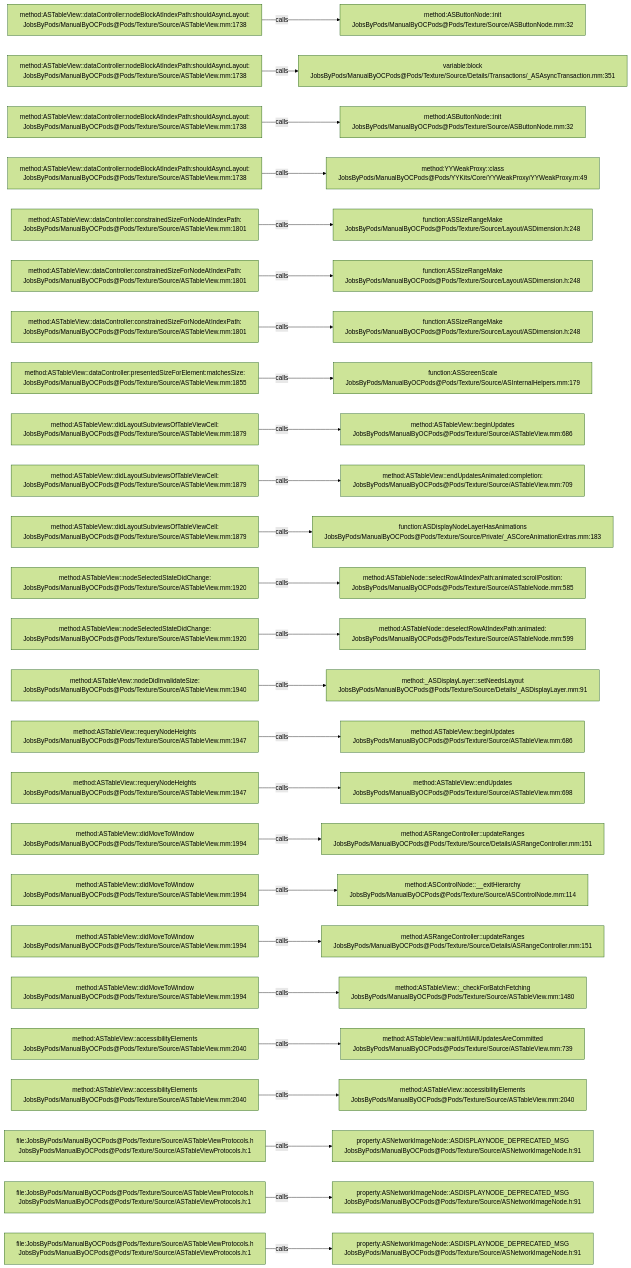
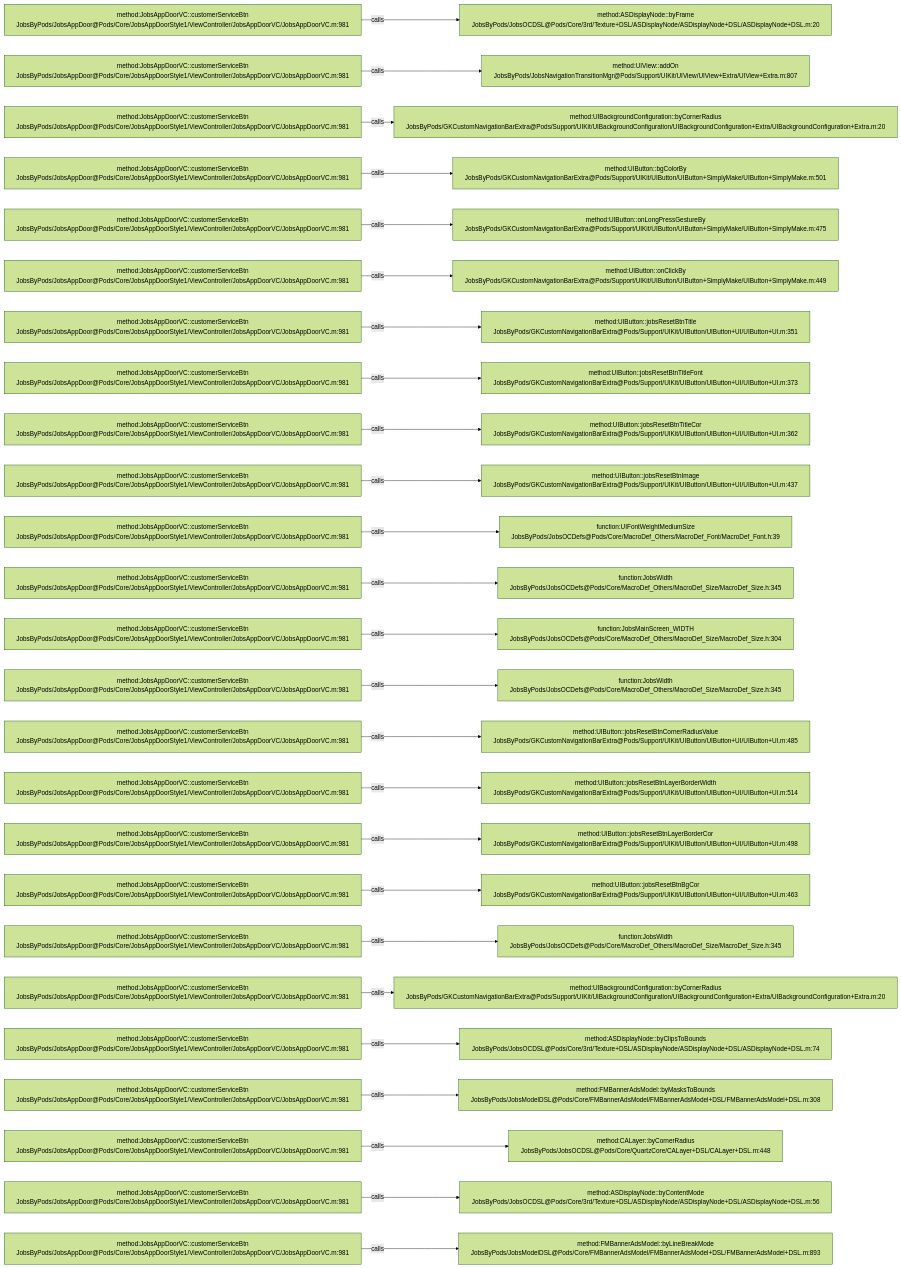
One commit to JobsKits/JobsOCBaseConfigDemo changed the diagram in .codegraph/codegraph.md/graphs/calls-116.md. Above: the diagram before and after it, drawn with Mermaid (forest theme). The commit also changed 768 other files, not shown here.

````diff
--- a/.codegraph/codegraph.md/graphs/calls-116.md
+++ b/.codegraph/codegraph.md/graphs/calls-116.md
@@ -13,78 +13,78 @@
 ```mermaid
 flowchart LR
-  S1["method:ASTableView::dataController:nodeBlockAtIndexPath:shouldAsyncLayout:<br/>JobsByPods/ManualByOCPods@Pods/Texture/Source/ASTableView.mm:1738"]
-  T1["method:ASButtonNode::init<br/>JobsByPods/ManualByOCPods@Pods/Texture/Source/ASButtonNode.mm:32"]
+  S1["method:JobsAppDoorVC::customerServiceBtn<br/>JobsByPods/JobsAppDoor@Pods/Core/JobsAppDoorStyle1/ViewController/JobsAppDoorVC/JobsAppDoorVC.m:981"]
+  T1["method:ASDisplayNode::byFrame<br/>JobsByPods/JobsOCDSL@Pods/Core/3rd/Texture+DSL/ASDisplayNode/ASDisplayNode+DSL/ASDisplayNode+DSL.m:20"]
   S1 -->|calls| T1
-  S2["method:ASTableView::dataController:nodeBlockAtIndexPath:shouldAsyncLayout:<br/>JobsByPods/ManualByOCPods@Pods/Texture/Source/ASTableView.mm:1738"]
-  T2["variable:block<br/>JobsByPods/ManualByOCPods@Pods/Texture/Source/Details/Transactions/_ASAsyncTransaction.mm:351"]
+  S2["method:JobsAppDoorVC::customerServiceBtn<br/>JobsByPods/JobsAppDoor@Pods/Core/JobsAppDoorStyle1/ViewController/JobsAppDoorVC/JobsAppDoorVC.m:981"]
+  T2["method:UIView::addOn<br/>JobsByPods/JobsNavigationTransitionMgr@Pods/Support/UIKit/UIView/UIView+Extra/UIView+Extra.m:807"]
   S2 -->|calls| T2
-  S3["method:ASTableView::dataController:nodeBlockAtIndexPath:shouldAsyncLayout:<br/>JobsByPods/ManualByOCPods@Pods/Texture/Source/ASTableView.mm:1738"]
-  T3["method:ASButtonNode::init<br/>JobsByPods/ManualByOCPods@Pods/Texture/Source/ASButtonNode.mm:32"]
+  S3["method:JobsAppDoorVC::customerServiceBtn<br/>JobsByPods/JobsAppDoor@Pods/Core/JobsAppDoorStyle1/ViewController/JobsAppDoorVC/JobsAppDoorVC.m:981"]
+  T3["method:UIBackgroundConfiguration::byCornerRadius<br/>JobsByPods/GKCustomNavigationBarExtra@Pods/Support/UIKit/UIBackgroundConfiguration/UIBackgroundConfiguration+Extra/UIBackgroundConfiguration+Extra.m:20"]
   S3 -->|calls| T3
-  S4["method:ASTableView::dataController:nodeBlockAtIndexPath:shouldAsyncLayout:<br/>JobsByPods/ManualByOCPods@Pods/Texture/Source/ASTableView.mm:1738"]
-  T4["method:YYWeakProxy::class<br/>JobsByPods/ManualByOCPods@Pods/YYKits/Core/YYWeakProxy/YYWeakProxy.m:49"]
+  S4["method:JobsAppDoorVC::customerServiceBtn<br/>JobsByPods/JobsAppDoor@Pods/Core/JobsAppDoorStyle1/ViewController/JobsAppDoorVC/JobsAppDoorVC.m:981"]
+  T4["method:UIButton::bgColorBy<br/>JobsByPods/GKCustomNavigationBarExtra@Pods/Support/UIKit/UIButton/UIButton+SimplyMake/UIButton+SimplyMake.m:501"]
   S4 -->|calls| T4
-  S5["method:ASTableView::dataController:constrainedSizeForNodeAtIndexPath:<br/>JobsByPods/ManualByOCPods@Pods/Texture/Source/ASTableView.mm:1801"]
-  T5["function:ASSizeRangeMake<br/>JobsByPods/ManualByOCPods@Pods/Texture/Source/Layout/ASDimension.h:248"]
+  S5["method:JobsAppDoorVC::customerServiceBtn<br/>JobsByPods/JobsAppDoor@Pods/Core/JobsAppDoorStyle1/ViewController/JobsAppDoorVC/JobsAppDoorVC.m:981"]
+  T5["method:UIButton::onLongPressGestureBy<br/>JobsByPods/GKCustomNavigationBarExtra@Pods/Support/UIKit/UIButton/UIButton+SimplyMake/UIButton+SimplyMake.m:475"]
   S5 -->|calls| T5
-  S6["method:ASTableView::dataController:constrainedSizeForNodeAtIndexPath:<br/>JobsByPods/ManualByOCPods@Pods/Texture/Source/ASTableView.mm:1801"]
-  T6["function:ASSizeRangeMake<br/>JobsByPods/ManualByOCPods@Pods/Texture/Source/Layout/ASDimension.h:248"]
+  S6["method:JobsAppDoorVC::customerServiceBtn<br/>JobsByPods/JobsAppDoor@Pods/Core/JobsAppDoorStyle1/ViewController/JobsAppDoorVC/JobsAppDoorVC.m:981"]
+  T6["method:UIButton::onClickBy<br/>JobsByPods/GKCustomNavigationBarExtra@Pods/Support/UIKit/UIButton/UIButton+SimplyMake/UIButton+SimplyMake.m:449"]
   S6 -->|calls| T6
-  S7["method:ASTableView::dataController:constrainedSizeForNodeAtIndexPath:<br/>JobsByPods/ManualByOCPods@Pods/Texture/Source/ASTableView.mm:1801"]
-  T7["function:ASSizeRangeMake<br/>JobsByPods/ManualByOCPods@Pods/Texture/Source/Layout/ASDimension.h:248"]
+  S7["method:JobsAppDoorVC::customerServiceBtn<br/>JobsByPods/JobsAppDoor@Pods/Core/JobsAppDoorStyle1/ViewController/JobsAppDoorVC/JobsAppDoorVC.m:981"]
+  T7["method:UIButton::jobsResetBtnTitle<br/>JobsByPods/GKCustomNavigationBarExtra@Pods/Support/UIKit/UIButton/UIButton+UI/UIButton+UI.m:351"]
   S7 -->|calls| T7
-  S8["method:ASTableView::dataController:presentedSizeForElement:matchesSize:<br/>JobsByPods/ManualByOCPods@Pods/Texture/Source/ASTableView.mm:1855"]
-  T8["function:ASScreenScale<br/>JobsByPods/ManualByOCPods@Pods/Texture/Source/ASInternalHelpers.mm:179"]
+  S8["method:JobsAppDoorVC::customerServiceBtn<br/>JobsByPods/JobsAppDoor@Pods/Core/JobsAppDoorStyle1/ViewController/JobsAppDoorVC/JobsAppDoorVC.m:981"]
+  T8["method:UIButton::jobsResetBtnTitleFont<br/>JobsByPods/GKCustomNavigationBarExtra@Pods/Support/UIKit/UIButton/UIButton+UI/UIButton+UI.m:373"]
   S8 -->|calls| T8
-  S9["method:ASTableView::didLayoutSubviewsOfTableViewCell:<br/>JobsByPods/ManualByOCPods@Pods/Texture/Source/ASTableView.mm:1879"]
-  T9["method:ASTableView::beginUpdates<br/>JobsByPods/ManualByOCPods@Pods/Texture/Source/ASTableView.mm:686"]
+  S9["method:JobsAppDoorVC::customerServiceBtn<br/>JobsByPods/JobsAppDoor@Pods/Core/JobsAppDoorStyle1/ViewController/JobsAppDoorVC/JobsAppDoorVC.m:981"]
+  T9["method:UIButton::jobsResetBtnTitleCor<br/>JobsByPods/GKCustomNavigationBarExtra@Pods/Support/UIKit/UIButton/UIButton+UI/UIButton+UI.m:362"]
   S9 -->|calls| T9
-  S10["method:ASTableView::didLayoutSubviewsOfTableViewCell:<br/>JobsByPods/ManualByOCPods@Pods/Texture/Source/ASTableView.mm:1879"]
-  T10["method:ASTableView::endUpdatesAnimated:completion:<br/>JobsByPods/ManualByOCPods@Pods/Texture/Source/ASTableView.mm:709"]
+  S10["method:JobsAppDoorVC::customerServiceBtn<br/>JobsByPods/JobsAppDoor@Pods/Core/JobsAppDoorStyle1/ViewController/JobsAppDoorVC/JobsAppDoorVC.m:981"]
+  T10["method:UIButton::jobsResetBtnImage<br/>JobsByPods/GKCustomNavigationBarExtra@Pods/Support/UIKit/UIButton/UIButton+UI/UIButton+UI.m:437"]
   S10 -->|calls| T10
-  S11["method:ASTableView::didLayoutSubviewsOfTableViewCell:<br/>JobsByPods/ManualByOCPods@Pods/Texture/Source/ASTableView.mm:1879"]
-  T11["function:ASDisplayNodeLayerHasAnimations<br/>JobsByPods/ManualByOCPods@Pods/Texture/Source/Private/_ASCoreAnimationExtras.mm:183"]
+  S11["method:JobsAppDoorVC::customerServiceBtn<br/>JobsByPods/JobsAppDoor@Pods/Core/JobsAppDoorStyle1/ViewController/JobsAppDoorVC/JobsAppDoorVC.m:981"]
+  T11["function:UIFontWeightMediumSize<br/>JobsByPods/JobsOCDefs@Pods/Core/MacroDef_Others/MacroDef_Font/MacroDef_Font.h:39"]
   S11 -->|calls| T11
-  S12["method:ASTableView::nodeSelectedStateDidChange:<br/>JobsByPods/ManualByOCPods@Pods/Texture/Source/ASTableView.mm:1920"]
-  T12["method:ASTableNode::selectRowAtIndexPath:animated:scrollPosition:<br/>JobsByPods/ManualByOCPods@Pods/Texture/Source/ASTableNode.mm:585"]
+  S12["method:JobsAppDoorVC::customerServiceBtn<br/>JobsByPods/JobsAppDoor@Pods/Core/JobsAppDoorStyle1/ViewController/JobsAppDoorVC/JobsAppDoorVC.m:981"]
+  T12["function:JobsWidth<br/>JobsByPods/JobsOCDefs@Pods/Core/MacroDef_Others/MacroDef_Size/MacroDef_Size.h:345"]
   S12 -->|calls| T12
-  S13["method:ASTableView::nodeSelectedStateDidChange:<br/>JobsByPods/ManualByOCPods@Pods/Texture/Source/ASTableView.mm:1920"]
-  T13["method:ASTableNode::deselectRowAtIndexPath:animated:<br/>JobsByPods/ManualByOCPods@Pods/Texture/Source/ASTableNode.mm:599"]
+  S13["method:JobsAppDoorVC::customerServiceBtn<br/>JobsByPods/JobsAppDoor@Pods/Core/JobsAppDoorStyle1/ViewController/JobsAppDoorVC/JobsAppDoorVC.m:981"]
+  T13["function:JobsMainScreen_WIDTH<br/>JobsByPods/JobsOCDefs@Pods/Core/MacroDef_Others/MacroDef_Size/MacroDef_Size.h:304"]
   S13 -->|calls| T13
-  S14["method:ASTableView::nodeDidInvalidateSize:<br/>JobsByPods/ManualByOCPods@Pods/Texture/Source/ASTableView.mm:1940"]
-  T14["method:_ASDisplayLayer::setNeedsLayout<br/>JobsByPods/ManualByOCPods@Pods/Texture/Source/Details/_ASDisplayLayer.mm:91"]
+  S14["method:JobsAppDoorVC::customerServiceBtn<br/>JobsByPods/JobsAppDoor@Pods/Core/JobsAppDoorStyle1/ViewController/JobsAppDoorVC/JobsAppDoorVC.m:981"]
+  T14["function:JobsWidth<br/>JobsByPods/JobsOCDefs@Pods/Core/MacroDef_Others/MacroDef_Size/MacroDef_Size.h:345"]
   S14 -->|calls| T14
-  S15["method:ASTableView::requeryNodeHeights<br/>JobsByPods/ManualByOCPods@Pods/Texture/Source/ASTableView.mm:1947"]
-  T15["method:ASTableView::beginUpdates<br/>JobsByPods/ManualByOCPods@Pods/Texture/Source/ASTableView.mm:686"]
+  S15["method:JobsAppDoorVC::customerServiceBtn<br/>JobsByPods/JobsAppDoor@Pods/Core/JobsAppDoorStyle1/ViewController/JobsAppDoorVC/JobsAppDoorVC.m:981"]
+  T15["method:UIButton::jobsResetBtnCornerRadiusValue<br/>JobsByPods/GKCustomNavigationBarExtra@Pods/Support/UIKit/UIButton/UIButton+UI/UIButton+UI.m:485"]
   S15 -->|calls| T15
-  S16["method:ASTableView::requeryNodeHeights<br/>JobsByPods/ManualByOCPods@Pods/Texture/Source/ASTableView.mm:1947"]
-  T16["method:ASTableView::endUpdates<br/>JobsByPods/ManualByOCPods@Pods/Texture/Source/ASTableView.mm:698"]
+  S16["method:JobsAppDoorVC::customerServiceBtn<br/>JobsByPods/JobsAppDoor@Pods/Core/JobsAppDoorStyle1/ViewController/JobsAppDoorVC/JobsAppDoorVC.m:981"]
+  T16["method:UIButton::jobsResetBtnLayerBorderWidth<br/>JobsByPods/GKCustomNavigationBarExtra@Pods/Support/UIKit/UIButton/UIButton+UI/UIButton+UI.m:514"]
   S16 -->|calls| T16
-  S17["method:ASTableView::didMoveToWindow<br/>JobsByPods/ManualByOCPods@Pods/Texture/Source/ASTableView.mm:1994"]
-  T17["method:ASRangeController::updateRanges<br/>JobsByPods/ManualByOCPods@Pods/Texture/Source/Details/ASRangeController.mm:151"]
+  S17["method:JobsAppDoorVC::customerServiceBtn<br/>JobsByPods/JobsAppDoor@Pods/Core/JobsAppDoorStyle1/ViewController/JobsAppDoorVC/JobsAppDoorVC.m:981"]
+  T17["method:UIButton::jobsResetBtnLayerBorderCor<br/>JobsByPods/GKCustomNavigationBarExtra@Pods/Support/UIKit/UIButton/UIButton+UI/UIButton+UI.m:498"]
   S17 -->|calls| T17
-  S18["method:ASTableView::didMoveToWindow<br/>JobsByPods/ManualByOCPods@Pods/Texture/Source/ASTableView.mm:1994"]
-  T18["method:ASControlNode::__exitHierarchy<br/>JobsByPods/ManualByOCPods@Pods/Texture/Source/ASControlNode.mm:114"]
+  S18["method:JobsAppDoorVC::customerServiceBtn<br/>JobsByPods/JobsAppDoor@Pods/Core/JobsAppDoorStyle1/ViewController/JobsAppDoorVC/JobsAppDoorVC.m:981"]
+  T18["method:UIButton::jobsResetBtnBgCor<br/>JobsByPods/GKCustomNavigationBarExtra@Pods/Support/UIKit/UIButton/UIButton+UI/UIButton+UI.m:463"]
   S18 -->|calls| T18
-  S19["method:ASTableView::didMoveToWindow<br/>JobsByPods/ManualByOCPods@Pods/Texture/Source/ASTableView.mm:1994"]
-  T19["method:ASRangeController::updateRanges<br/>JobsByPods/ManualByOCPods@Pods/Texture/Source/Details/ASRangeController.mm:151"]
+  S19["method:JobsAppDoorVC::customerServiceBtn<br/>JobsByPods/JobsAppDoor@Pods/Core/JobsAppDoorStyle1/ViewController/JobsAppDoorVC/JobsAppDoorVC.m:981"]
+  T19["function:JobsWidth<br/>JobsByPods/JobsOCDefs@Pods/Core/MacroDef_Others/MacroDef_Size/MacroDef_Size.h:345"]
   S19 -->|calls| T19
-  S20["method:ASTableView::didMoveToWindow<br/>JobsByPods/ManualByOCPods@Pods/Texture/Source/ASTableView.mm:1994"]
-  T20["method:ASTableView::_checkForBatchFetching<br/>JobsByPods/ManualByOCPods@Pods/Texture/Source/ASTableView.mm:1480"]
+  S20["method:JobsAppDoorVC::customerServiceBtn<br/>JobsByPods/JobsAppDoor@Pods/Core/JobsAppDoorStyle1/ViewController/JobsAppDoorVC/JobsAppDoorVC.m:981"]
+  T20["method:UIBackgroundConfiguration::byCornerRadius<br/>JobsByPods/GKCustomNavigationBarExtra@Pods/Support/UIKit/UIBackgroundConfiguration/UIBackgroundConfiguration+Extra/UIBackgroundConfiguration+Extra.m:20"]
   S20 -->|calls| T20
-  S21["method:ASTableView::accessibilityElements<br/>JobsByPods/ManualByOCPods@Pods/Texture/Source/ASTableView.mm:2040"]
-  T21["method:ASTableView::waitUntilAllUpdatesAreCommitted<br/>JobsByPods/ManualByOCPods@Pods/Texture/Source/ASTableView.mm:739"]
+  S21["method:JobsAppDoorVC::customerServiceBtn<br/>JobsByPods/JobsAppDoor@Pods/Core/JobsAppDoorStyle1/ViewController/JobsAppDoorVC/JobsAppDoorVC.m:981"]
+  T21["method:ASDisplayNode::byClipsToBounds<br/>JobsByPods/JobsOCDSL@Pods/Core/3rd/Texture+DSL/ASDisplayNode/ASDisplayNode+DSL/ASDisplayNode+DSL.m:74"]
   S21 -->|calls| T21
-  S22["method:ASTableView::accessibilityElements<br/>JobsByPods/ManualByOCPods@Pods/Texture/Source/ASTableView.mm:2040"]
-  T22["method:ASTableView::accessibilityElements<br/>JobsByPods/ManualByOCPods@Pods/Texture/Source/ASTableView.mm:2040"]
+  S22["method:JobsAppDoorVC::customerServiceBtn<br/>JobsByPods/JobsAppDoor@Pods/Core/JobsAppDoorStyle1/ViewController/JobsAppDoorVC/JobsAppDoorVC.m:981"]
+  T22["method:FMBannerAdsModel::byMasksToBounds<br/>JobsByPods/JobsModelDSL@Pods/Core/FMBannerAdsModel/FMBannerAdsModel+DSL/FMBannerAdsModel+DSL.m:308"]
   S22 -->|calls| T22
-  S23["file:JobsByPods/ManualByOCPods@Pods/Texture/Source/ASTableViewProtocols.h<br/>JobsByPods/ManualByOCPods@Pods/Texture/Source/ASTableViewProtocols.h:1"]
-  T23["property:ASNetworkImageNode::ASDISPLAYNODE_DEPRECATED_MSG<br/>JobsByPods/ManualByOCPods@Pods/Texture/Source/ASNetworkImageNode.h:91"]
+  S23["method:JobsAppDoorVC::customerServiceBtn<br/>JobsByPods/JobsAppDoor@Pods/Core/JobsAppDoorStyle1/ViewController/JobsAppDoorVC/JobsAppDoorVC.m:981"]
+  T23["method:CALayer::byCornerRadius<br/>JobsByPods/JobsOCDSL@Pods/Core/QuartzCore/CALayer+DSL/CALayer+DSL.m:448"]
   S23 -->|calls| T23
-  S24["file:JobsByPods/ManualByOCPods@Pods/Texture/Source/ASTableViewProtocols.h<br/>JobsByPods/ManualByOCPods@Pods/Texture/Source/ASTableViewProtocols.h:1"]
-  T24["property:ASNetworkImageNode::ASDISPLAYNODE_DEPRECATED_MSG<br/>JobsByPods/ManualByOCPods@Pods/Texture/Source/ASNetworkImageNode.h:91"]
+  S24["method:JobsAppDoorVC::customerServiceBtn<br/>JobsByPods/JobsAppDoor@Pods/Core/JobsAppDoorStyle1/ViewController/JobsAppDoorVC/JobsAppDoorVC.m:981"]
+  T24["method:ASDisplayNode::byContentMode<br/>JobsByPods/JobsOCDSL@Pods/Core/3rd/Texture+DSL/ASDisplayNode/ASDisplayNode+DSL/ASDisplayNode+DSL.m:56"]
   S24 -->|calls| T24
-  S25["file:JobsByPods/ManualByOCPods@Pods/Texture/Source/ASTableViewProtocols.h<br/>JobsByPods/ManualByOCPods@Pods/Texture/Source/ASTableViewProtocols.h:1"]
-  T25["property:ASNetworkImageNode::ASDISPLAYNODE_DEPRECATED_MSG<br/>JobsByPods/ManualByOCPods@Pods/Texture/Source/ASNetworkImageNode.h:91"]
+  S25["method:JobsAppDoorVC::customerServiceBtn<br/>JobsByPods/JobsAppDoor@Pods/Core/JobsAppDoorStyle1/ViewController/JobsAppDoorVC/JobsAppDoorVC.m:981"]
+  T25["method:FMBannerAdsModel::byLineBreakMode<br/>JobsByPods/JobsModelDSL@Pods/Core/FMBannerAdsModel/FMBannerAdsModel+DSL/FMBannerAdsModel+DSL.m:893"]
   S25 -->|calls| T25
 ```
````
